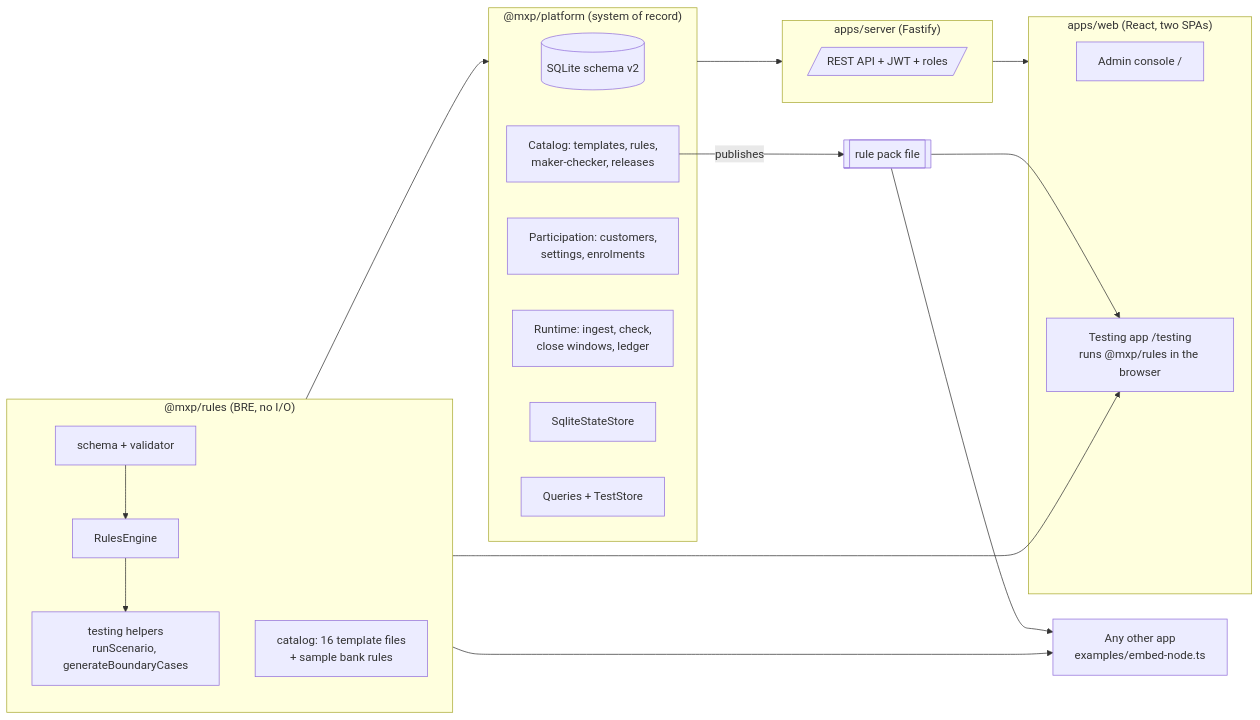
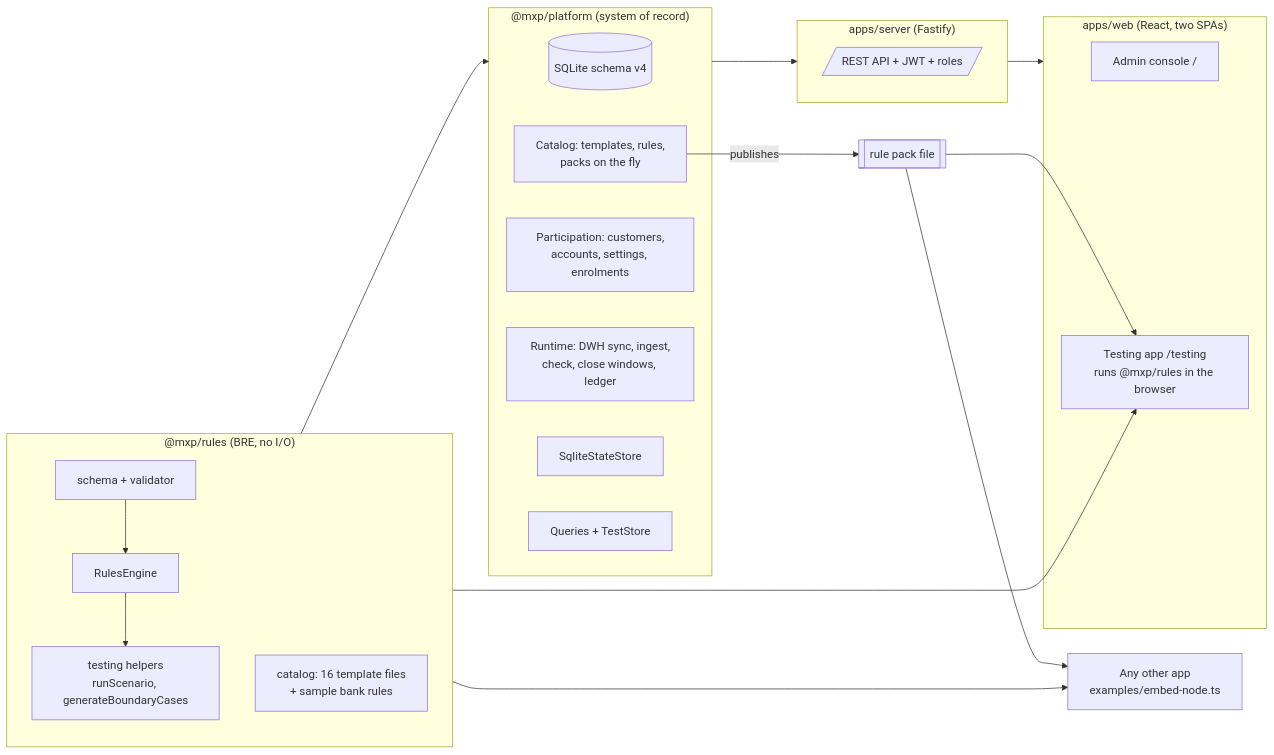
Before and after one commit to skumar2011/mxp-platform: the first of 4 diagrams in docs/02-architecture.md, drawn with Mermaid. The commit also changed other lines of this file and 20 other files, not shown here.

First line of the commit message:
Move to account-centric schema v5 with DWH sync and geo/product targeting.

````diff
--- a/docs/02-architecture.md
+++ b/docs/02-architecture.md
@@ -5,30 +5,30 @@
 ```mermaid
 flowchart LR
   subgraph rules["@mxp/rules (BRE, no I/O)"]
     S[schema + validator] --> E[RulesEngine]
     E --> T[testing helpers<br/>runScenario, generateBoundaryCases]
     C[catalog: 16 template files<br/>+ sample bank rules]
   end
   subgraph platform["@mxp/platform (system of record)"]
-    DB[(SQLite schema v2)]
-    CAT[Catalog: templates, rules,<br/>maker-checker, releases]
-    PAR[Participation: customers,<br/>settings, enrolments]
-    RT[Runtime: ingest, check,<br/>close windows, ledger]
+    DB[(SQLite schema v4)]
+    CAT[Catalog: templates, rules,<br/>packs on the fly]
+    PAR[Participation: customers,<br/>accounts, settings, enrolments]
+    RT[Runtime: DWH sync, ingest,<br/>check, close windows, ledger]
     SS[SqliteStateStore]
     Q[Queries + TestStore]
   end
   subgraph server["apps/server (Fastify)"]
     API[/REST API + JWT + roles/]
   end
   subgraph web["apps/web (React, two SPAs)"]
     ADM[Admin console /]
     TST[Testing app /testing<br/>runs @mxp/rules in the browser]
   end
   OTHER[Any other app<br/>examples/embed-node.ts]
   rules --> platform --> server --> web
   rules --> TST
   rules --> OTHER
   CAT -- publishes --> PACK[[rule pack file]]
   PACK --> TST
   PACK --> OTHER
 ```
````
